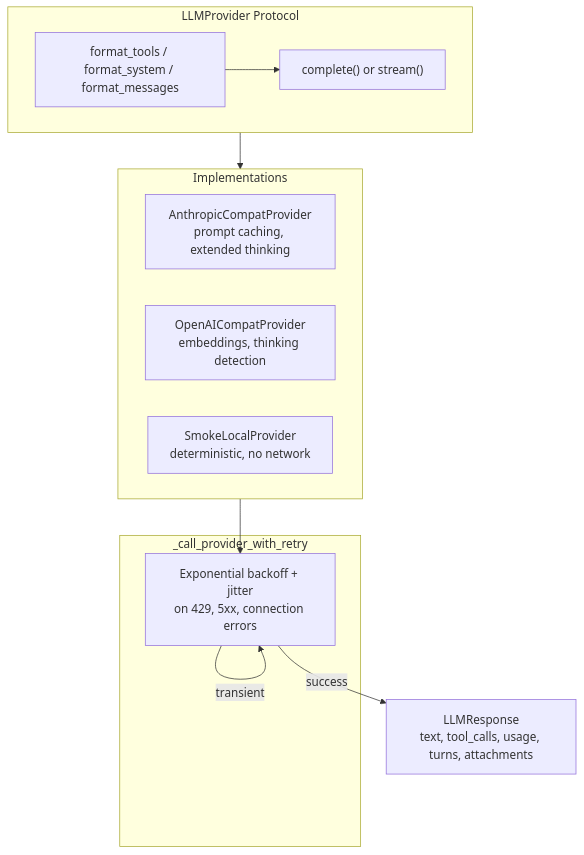
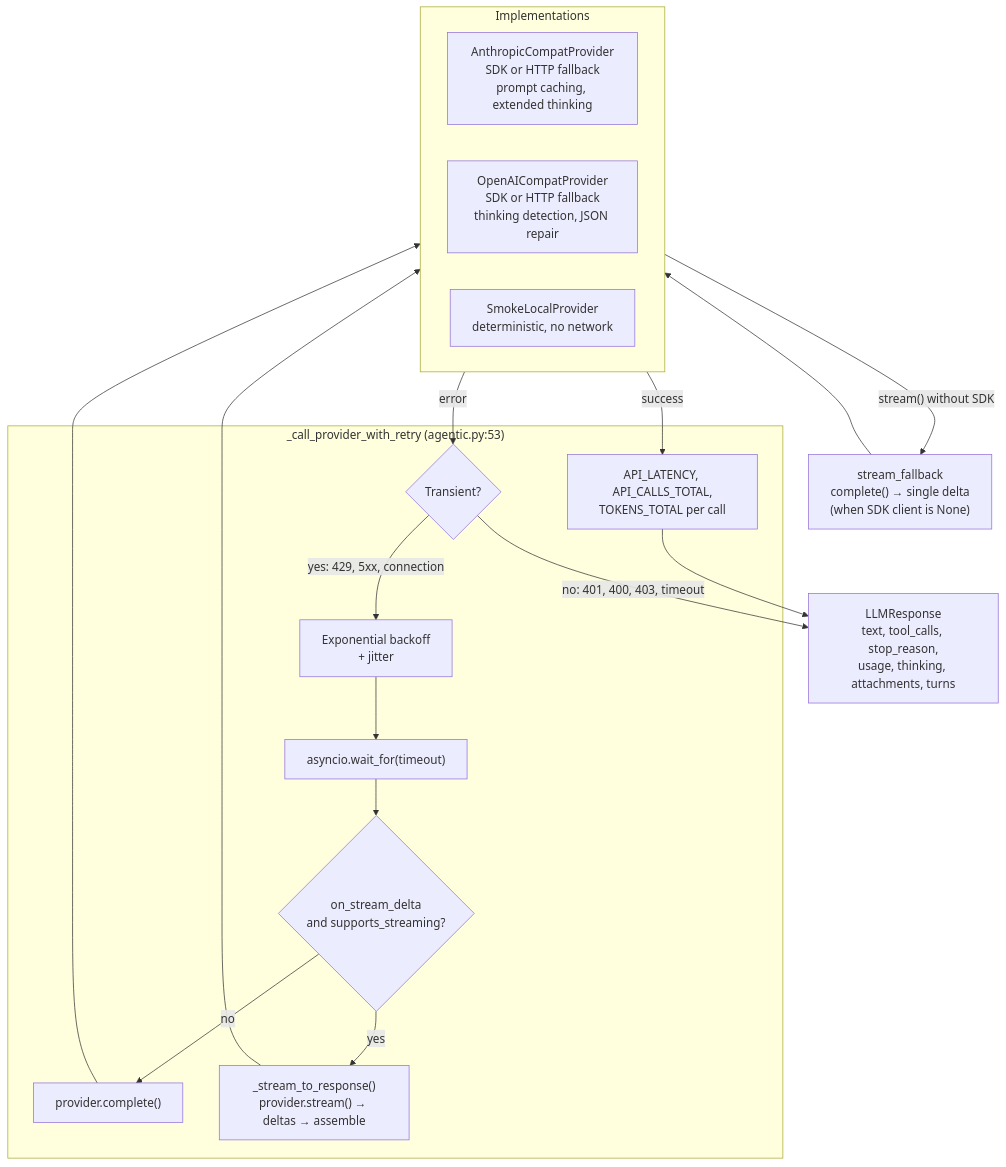
Before and after one commit to nicolasforstinger/lucyd: the fifth of 10 diagrams in docs/diagrams.md, drawn with Mermaid. The commit also changed other lines of this file and 18 other files, not shown here.

````diff
--- a/docs/diagrams.md
+++ b/docs/diagrams.md
@@ -181,26 +340,31 @@
 ```mermaid
 flowchart TD
-    subgraph Protocol["LLMProvider Protocol"]
-        direction LR
-        FMT["format_tools / format_system / format_messages"]
-        CALL["complete() or stream()"]
+    subgraph Retry["_call_provider_with_retry (agentic.py:53)"]
+        TIMEOUT["asyncio.wait_for(timeout)"]
+        STREAM_Q{"on_stream_delta<br/>and supports_streaming?"}
+        COMPLETE["provider.complete()"]
+        STREAM_PATH["_stream_to_response()<br/>provider.stream() → deltas → assemble"]
+        METRICS["API_LATENCY, API_CALLS_TOTAL,<br/>TOKENS_TOTAL per call"]
+        ERR{"Transient?"}
+        BACKOFF["Exponential backoff<br/>+ jitter"]
     end
 
     subgraph Providers["Implementations"]
-        ANTHROPIC["AnthropicCompatProvider<br/>prompt caching, extended thinking"]
-        OPENAI["OpenAICompatProvider<br/>embeddings, thinking detection"]
+        ANTHROPIC["AnthropicCompatProvider<br/>SDK or HTTP fallback<br/>prompt caching, extended thinking"]
+        OPENAI["OpenAICompatProvider<br/>SDK or HTTP fallback<br/>thinking detection, JSON repair"]
         SMOKE["SmokeLocalProvider<br/>deterministic, no network"]
     end
 
-    subgraph Retry["_call_provider_with_retry"]
-        BACKOFF["Exponential backoff + jitter<br/>on 429, 5xx, connection errors"]
-    end
+    FALLBACK["stream_fallback<br/>complete() → single delta<br/>(when SDK client is None)"]
 
-    RESP["LLMResponse<br/>text, tool_calls, usage, turns, attachments"]
+    RESP["LLMResponse<br/>text, tool_calls, stop_reason,<br/>usage, thinking, attachments, turns"]
 
-    FMT --> CALL
-    CALL --> Providers
-    Providers --> BACKOFF
-    BACKOFF -->|transient| BACKOFF
-    BACKOFF -->|success| RESP
+    TIMEOUT --> STREAM_Q
+    STREAM_Q -->|yes| STREAM_PATH --> Providers
+    STREAM_Q -->|no| COMPLETE --> Providers
+    Providers -->|"stream() without SDK"| FALLBACK --> Providers
+    Providers -->|success| METRICS --> RESP
+    Providers -->|error| ERR
+    ERR -->|"yes: 429, 5xx, connection"| BACKOFF --> TIMEOUT
+    ERR -->|"no: 401, 400, 403, timeout"| RESP
 ```
````
